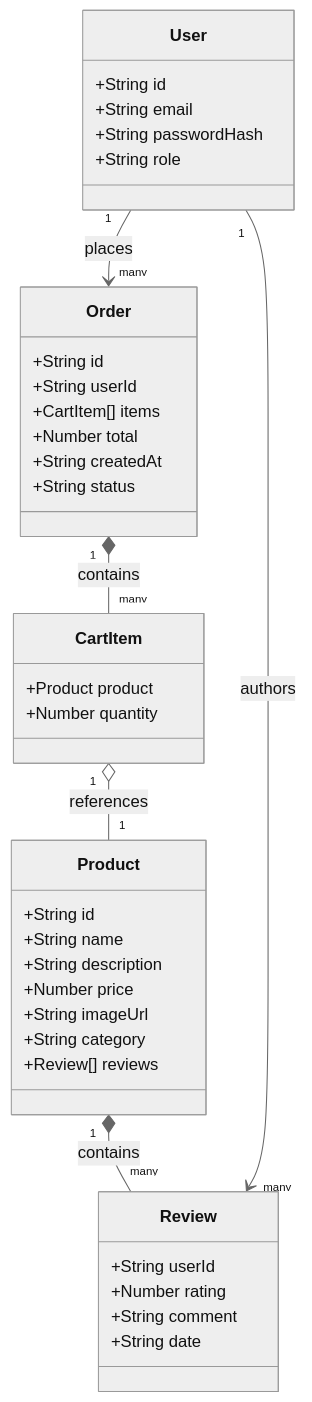
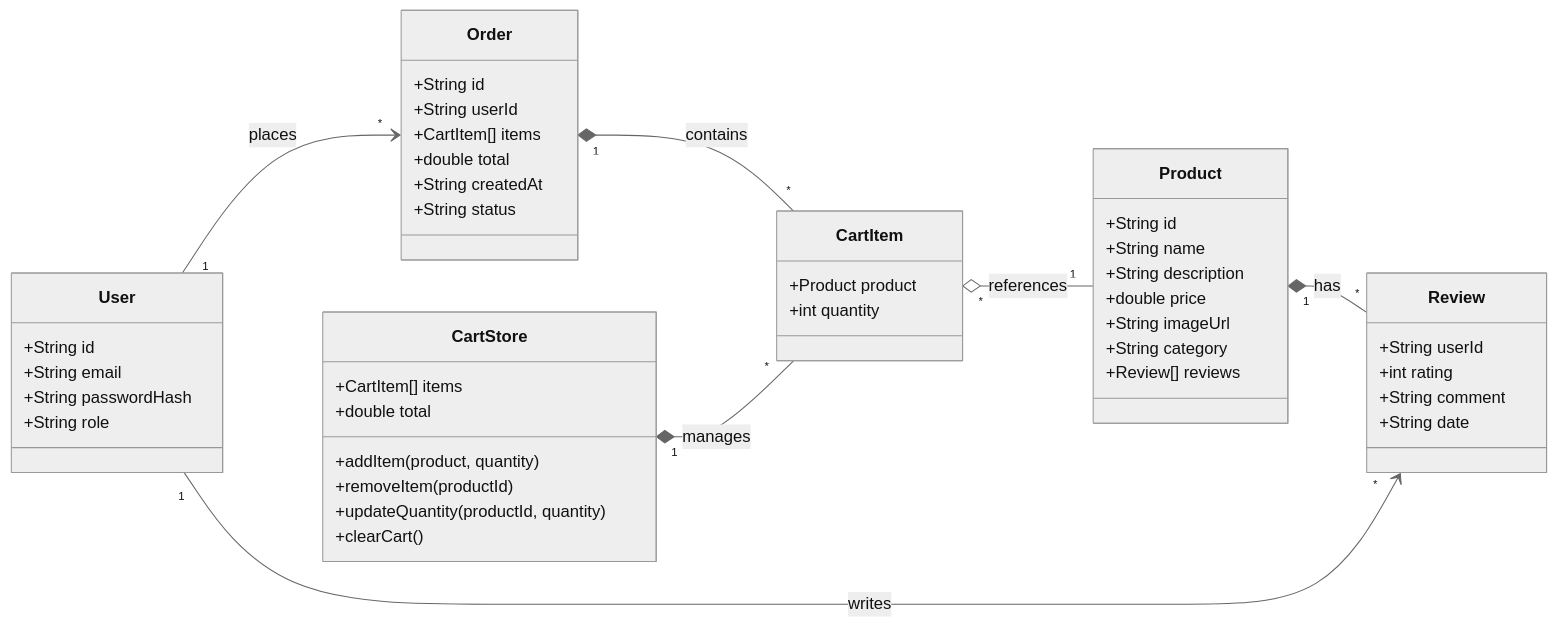
The second of 5 diagrams in docs/uml_diagrams.md (nfqadeer151-arch/ecommerce-store-app), drawn with Mermaid (neutral theme) before and after one commit. The commit also changed other lines of this file, not shown here.

Commit message:
docs: update UML design diagrams with straight arrows and recommendation microservice

````diff
--- a/docs/uml_diagrams.md
+++ b/docs/uml_diagrams.md
@@ -57,47 +65,59 @@
 ```mermaid
 classDiagram
+    direction LR
+
     class User {
         +String id
         +String email
         +String passwordHash
         +String role
     }
 
     class Product {
         +String id
         +String name
         +String description
-        +Number price
+        +double price
         +String imageUrl
         +String category
         +Review[] reviews
     }
 
     class Review {
         +String userId
-        +Number rating
+        +int rating
         +String comment
         +String date
     }
 
     class CartItem {
         +Product product
-        +Number quantity
+        +int quantity
     }
 
     class Order {
         +String id
         +String userId
         +CartItem[] items
-        +Number total
+        +double total
         +String createdAt
         +String status
     }
 
-    %% Associations & Aggregations
-    Product "1" *-- "many" Review : contains
-    Order "1" *-- "many" CartItem : contains
-    CartItem "1" o-- "1" Product : references
-    User "1" --> "many" Order : places
-    User "1" --> "many" Review : authors
+    class CartStore {
+        +CartItem[] items
+        +double total
+        +addItem(product, quantity)
+        +removeItem(productId)
+        +updateQuantity(productId, quantity)
+        +clearCart()
+    }
+
+    %% Relationships
+    User "1" --> "*" Order : places
+    Order "1" *-- "*" CartItem : contains
+    CartItem "*" o-- "1" Product : references
+    Product "1" *-- "*" Review : has
+    User "1" --> "*" Review : writes
+    CartStore "1" *-- "*" CartItem : manages
 ```
````
